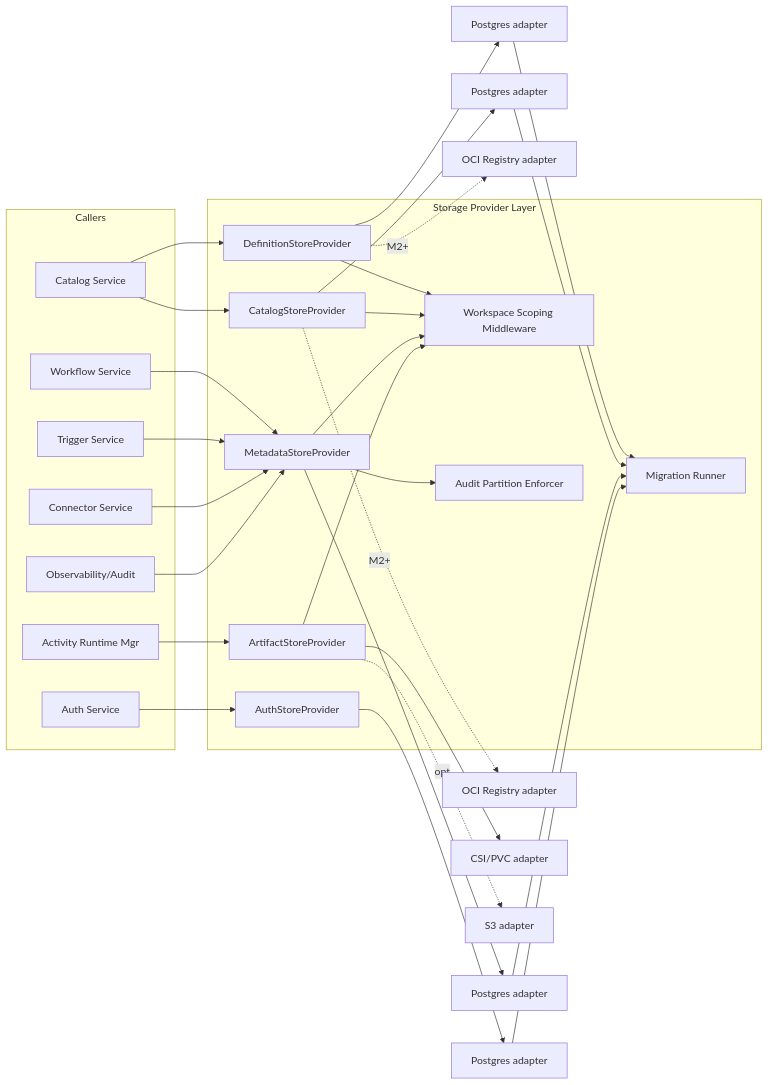
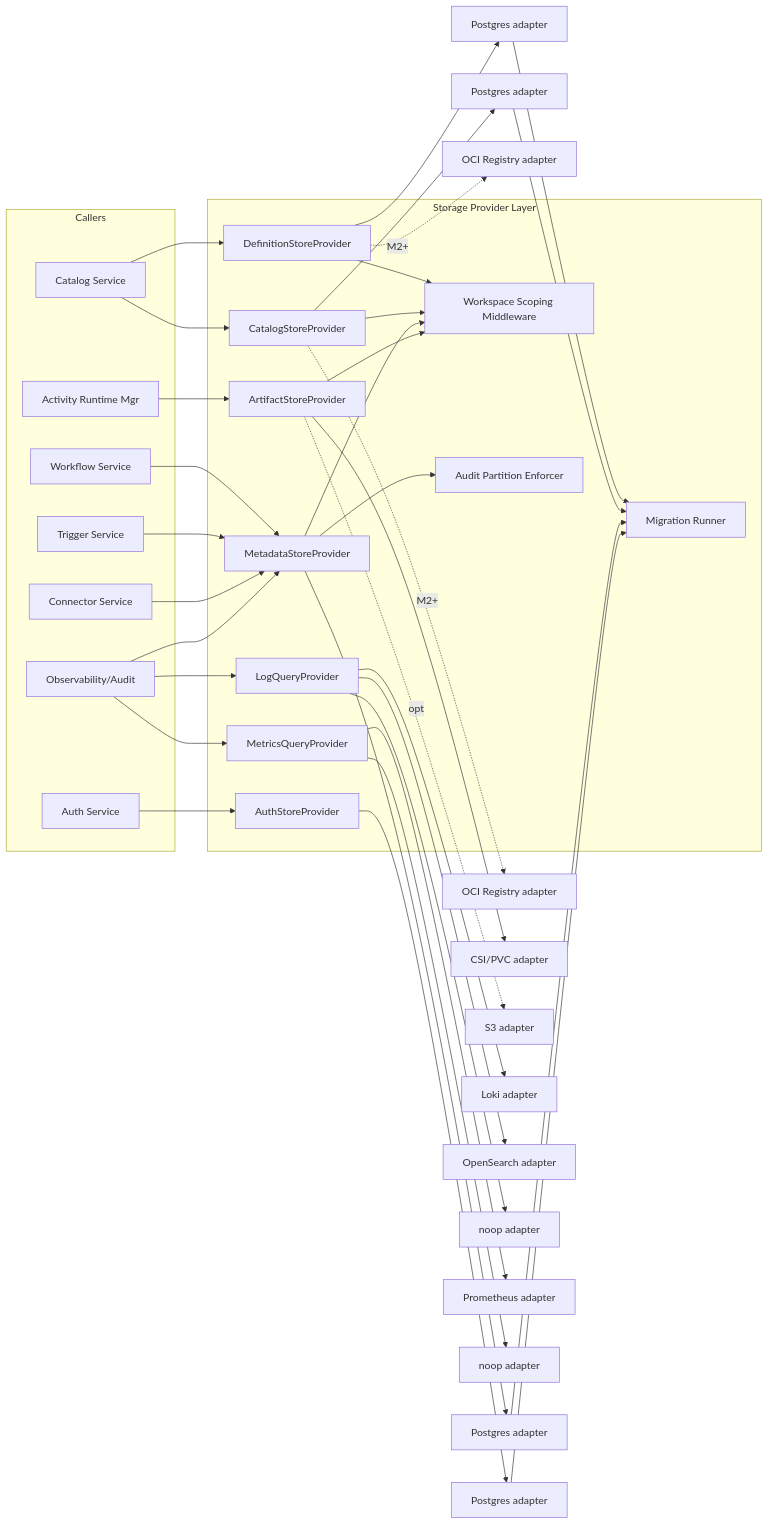
Before and after one commit to toddysm/custos: the first of 3 diagrams in design/components/storage-provider-layer/design.md, drawn with Mermaid. The commit also changed other lines of this file and 4 other files, not shown here.

````diff
--- a/design/components/storage-provider-layer/design.md
+++ b/design/components/storage-provider-layer/design.md
@@ -31,42 +31,51 @@
 ```mermaid
 graph LR
     subgraph Callers
         WF[Workflow Service]
         TS[Trigger Service]
         CN[Connector Service]
         CT[Catalog Service]
         AR[Activity Runtime Mgr]
         OB[Observability/Audit]
         AU[Auth Service]
     end
 
     subgraph SPL[Storage Provider Layer]
         DefIfc[DefinitionStoreProvider]
         CatIfc[CatalogStoreProvider]
         MetaIfc[MetadataStoreProvider]
         ArtIfc[ArtifactStoreProvider]
         AuthIfc[AuthStoreProvider]
+        LogQIfc[LogQueryProvider]
+        MetricsQIfc[MetricsQueryProvider]
         Scope[Workspace Scoping Middleware]
         AuditPart[Audit Partition Enforcer]
         Mig[Migration Runner]
     end
 
     WF & TS & CN & OB --> MetaIfc
     CT --> DefIfc
     CT --> CatIfc
     AR --> ArtIfc
     AU --> AuthIfc
+    OB --> LogQIfc
+    OB --> MetricsQIfc
 
     DefIfc --> PgDef[Postgres adapter]
     DefIfc -. M2+ .-> OciDef[OCI Registry adapter]
     CatIfc --> PgCat[Postgres adapter]
     CatIfc -. M2+ .-> OciCat[OCI Registry adapter]
     MetaIfc --> PgMeta[Postgres adapter]
     ArtIfc --> CsiArt[CSI/PVC adapter]
     ArtIfc -. opt .-> S3Art[S3 adapter]
     AuthIfc --> PgAuth[Postgres adapter]
+    LogQIfc --> LokiQ[Loki adapter]
+    LogQIfc --> OsQ[OpenSearch adapter]
+    LogQIfc --> NoopL[noop adapter]
+    MetricsQIfc --> PromQ[Prometheus adapter]
+    MetricsQIfc --> NoopM[noop adapter]
 
     DefIfc & CatIfc & MetaIfc & ArtIfc --> Scope
     MetaIfc --> AuditPart
     PgDef & PgCat & PgMeta & PgAuth --> Mig
 ```
````
